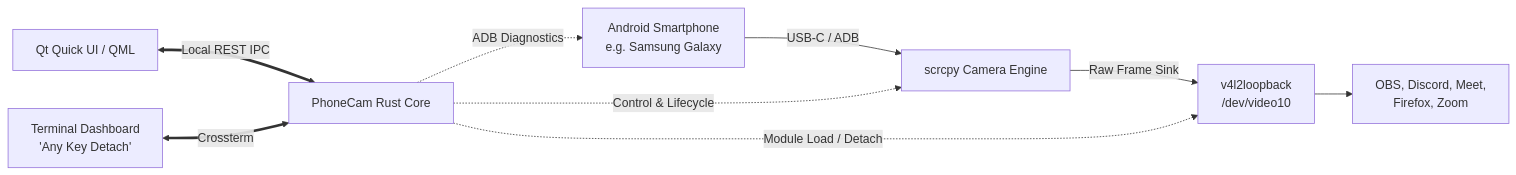
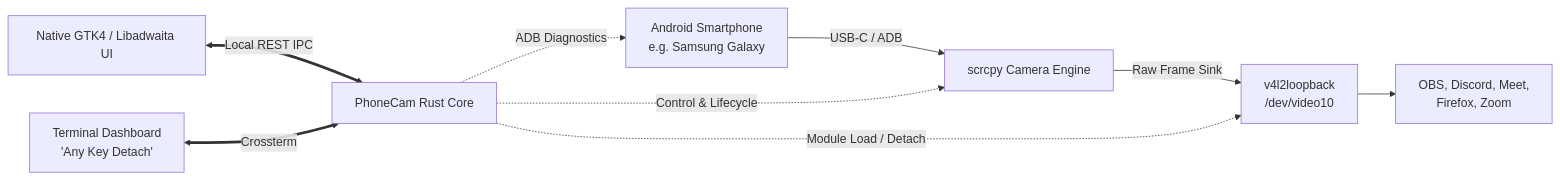
The diagram in README.md (rodvieirasilva/phonecam), drawn with Mermaid before and after one commit. The commit also changed other lines of this file and 21 other files, not shown here.

Commit message:
feat: migrate to native GTK4/Libadwaita UI, add Wi-Fi ADB, update logo and clean menu

````diff
--- a/README.md
+++ b/README.md
@@ -39,13 +28,13 @@
 ```mermaid
 graph LR
     Phone[Android Smartphone\ne.g. Samsung Galaxy] -- USB-C / ADB --> SCRCPY[scrcpy Camera Engine]
     SCRCPY -- Raw Frame Sink --> V4L2[v4l2loopback\n/dev/video10]
     V4L2 --> Apps[OBS, Discord, Meet,\nFirefox, Zoom]
     
     Rust[PhoneCam Rust Core] -. Control & Lifecycle .-> SCRCPY
     Rust -. Module Load / Detach .-> V4L2
     Rust -. ADB Diagnostics .-> Phone
     
-    QML[Qt Quick UI / QML] <== Local REST IPC ==> Rust
+    GUI[Native GTK4 / Libadwaita UI] <== Local REST IPC ==> Rust
     TUI[Terminal Dashboard\n'Any Key Detach'] <== Crossterm ==> Rust
 ```
````
